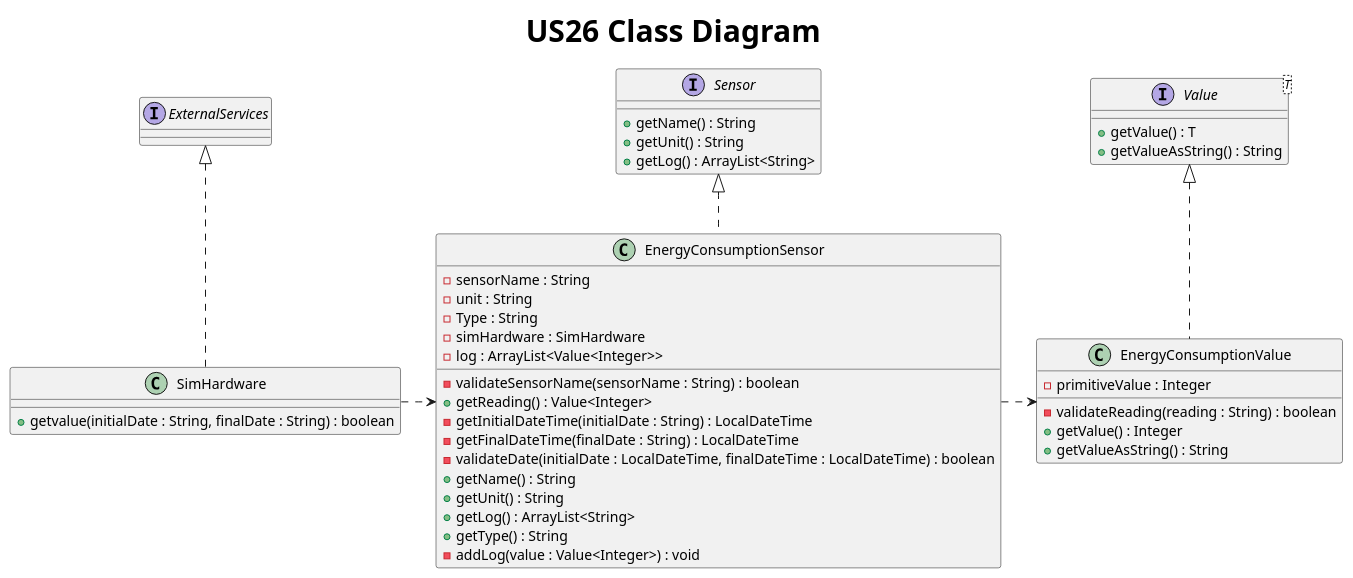
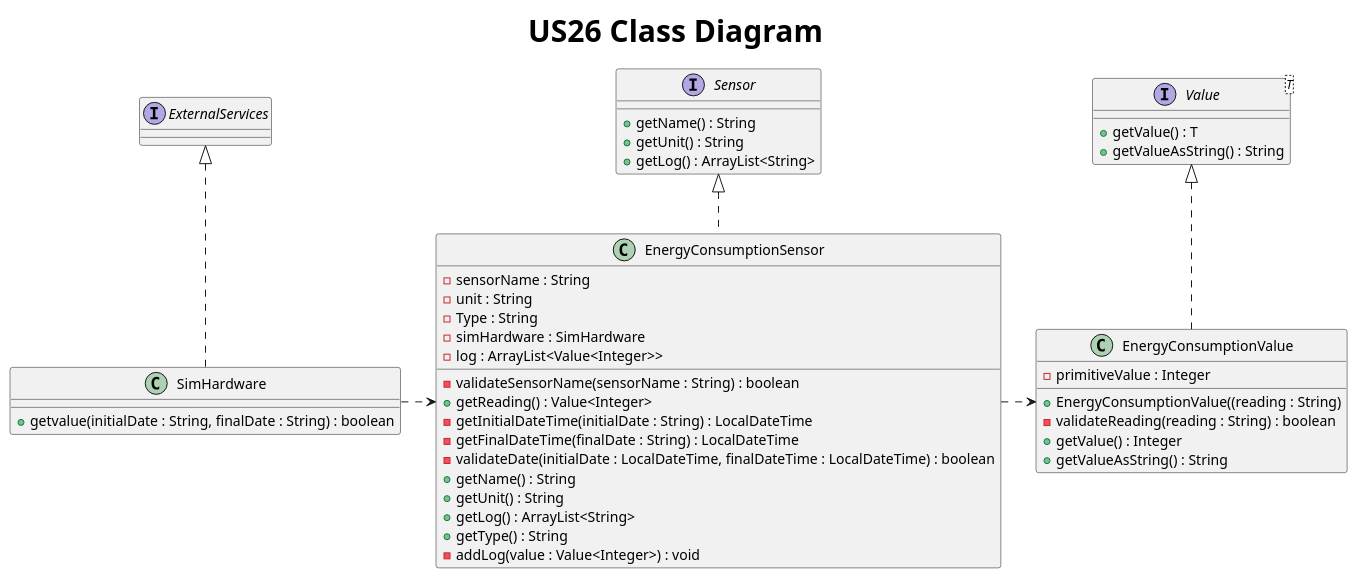
One commit to AfonsoNeves77/smartHouse changed the diagram in Docs/US26/S3U26ClassDiagram.puml. Above: the diagram before and after it, drawn with PlantUML. The commit also changed 11 other files, not shown here.

Commit message:
Team review : Updated ClassDiagrams for sensors classes.

```diff
--- a/Docs/US26/S3U26ClassDiagram.puml
+++ b/Docs/US26/S3U26ClassDiagram.puml
@@ -1,57 +1,58 @@
 @startuml
 title <size: 30> US26 Class Diagram
 skinparam linetype ortho
 
 interface Sensor {
     + getName() : String
     + getUnit() : String
     + getLog() : ArrayList<String>
 }
 
 interface Value<T> {
     + getValue() : T
     + getValueAsString() : String
 }
 
 class SimHardware {
 + getvalue(initialDate : String, finalDate : String) : boolean
 }
 
 interface ExternalServices{}
 
 class EnergyConsumptionSensor{
     - sensorName : String
     - unit : String
     -Type : String
     - simHardware : SimHardware
     - log : ArrayList<Value<Integer>>
 
     -validateSensorName(sensorName : String) : boolean
     +getReading() : Value<Integer>
     -getInitialDateTime(initialDate : String) : LocalDateTime
     -getFinalDateTime(finalDate : String) : LocalDateTime
     -validateDate(initialDate : LocalDateTime, finalDateTime : LocalDateTime) : boolean
     +getName() : String
     +getUnit() : String
     +getLog() : ArrayList<String>
     +getType() : String
     -addLog(value : Value<Integer>) : void
 
 }
 
 class EnergyConsumptionValue {
     - primitiveValue : Integer
 
+    + EnergyConsumptionValue((reading : String)
     - validateReading(reading : String) : boolean
     + getValue() : Integer
     + getValueAsString() : String
 }
 
 Value <|.. EnergyConsumptionValue
 Sensor <|.. EnergyConsumptionSensor
 ExternalServices <|.. SimHardware
 EnergyConsumptionSensor <.left. SimHardware
 EnergyConsumptionSensor .right.> EnergyConsumptionValue
 
 
 @enduml
```
